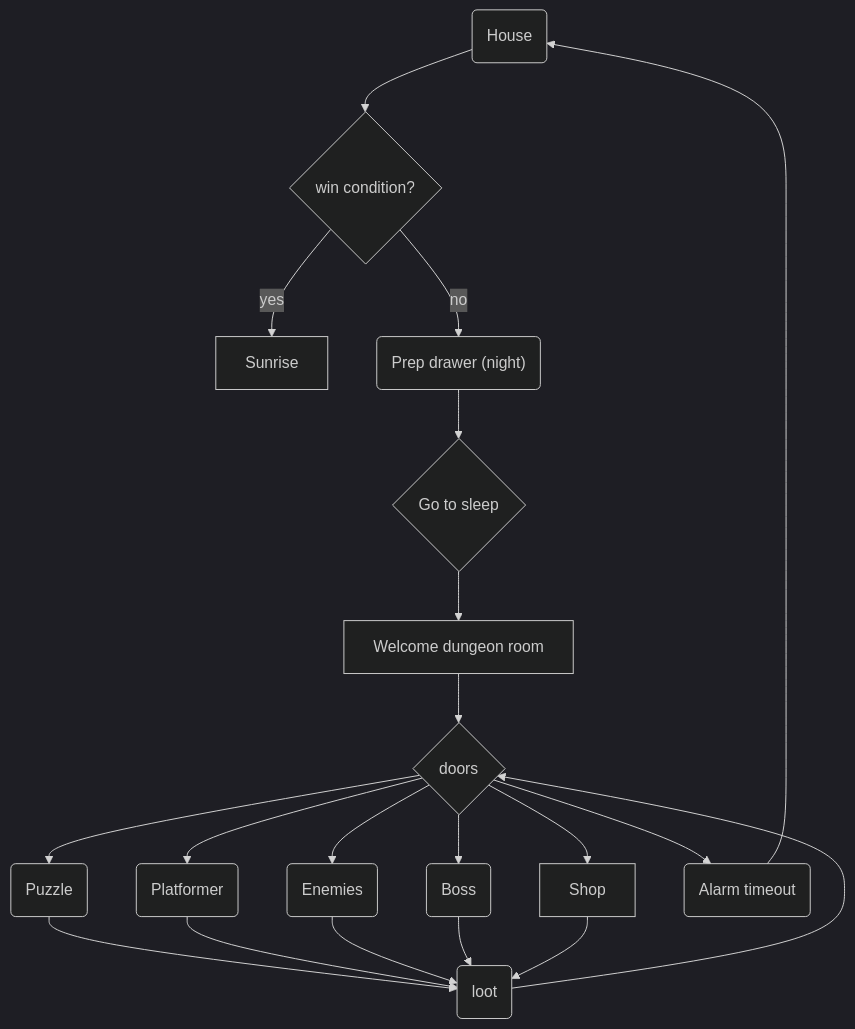
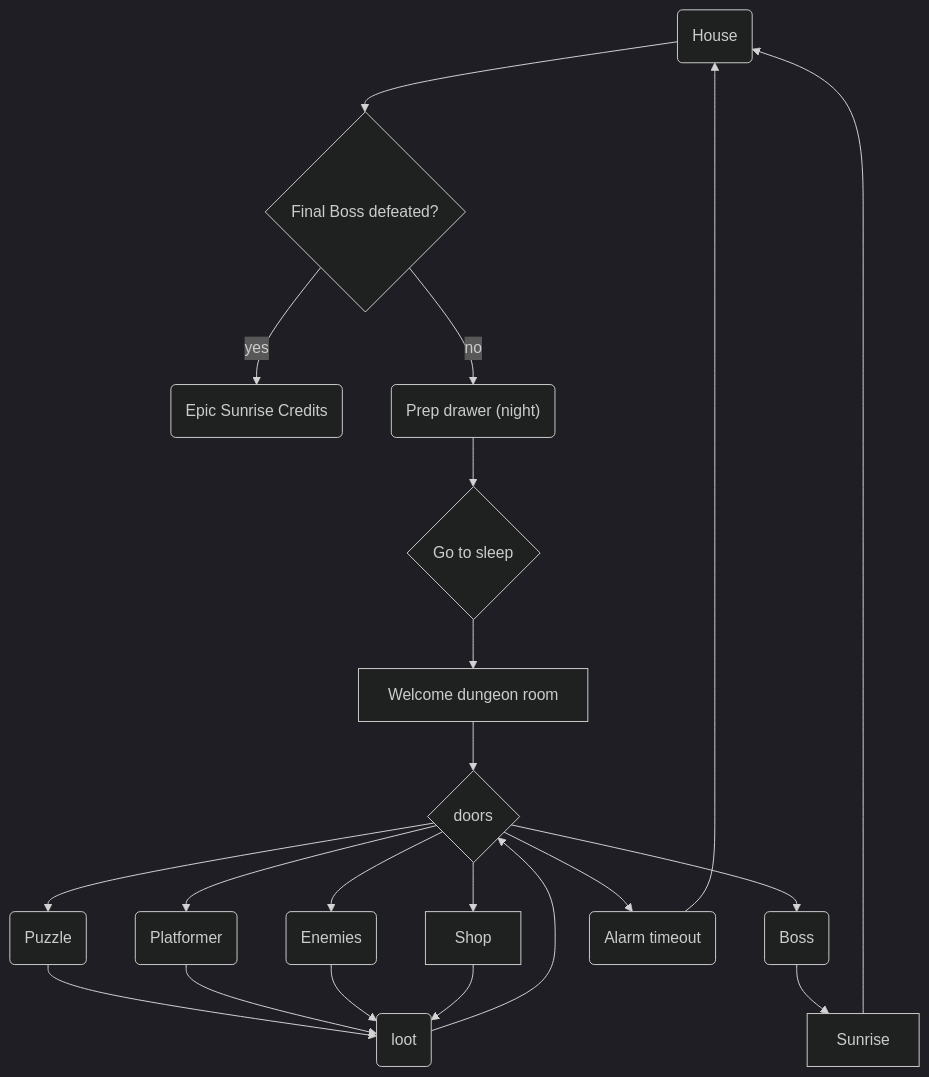
The diagram in README.md (quimnuss/dream-sickle), drawn with Mermaid (dark theme) before and after one commit.

Commit message:
game win condition versus run win condition

````diff
--- a/README.md
+++ b/README.md
@@ -7,15 +7,15 @@
 ```mermaid
 flowchart TD
-	H(House) --> W{win condition?} -- yes --> Sunrise
+	H(House) --> W{Final Boss defeated?} -- yes --> EpicSunrise("Epic Sunrise Credits")
 	W -- no --> prep("Prep drawer (night)")
 	prep --> sleep{"Go to sleep"}
 	sleep --> w["Welcome dungeon room"] --> doors{doors}
 	loot(loot)
 	doors --> D(Puzzle) --> loot
 	doors --> P(Platformer) --> loot
 	doors --> Enemies(Enemies) --> loot
-	doors --> Boss(Boss) --> loot
+	doors --> Boss(Boss) --> Sunrise --> H
 	doors --> Shop --> loot
 	doors --> Alarm("Alarm timeout") --> H
 	loot --> doors
 ```
````
